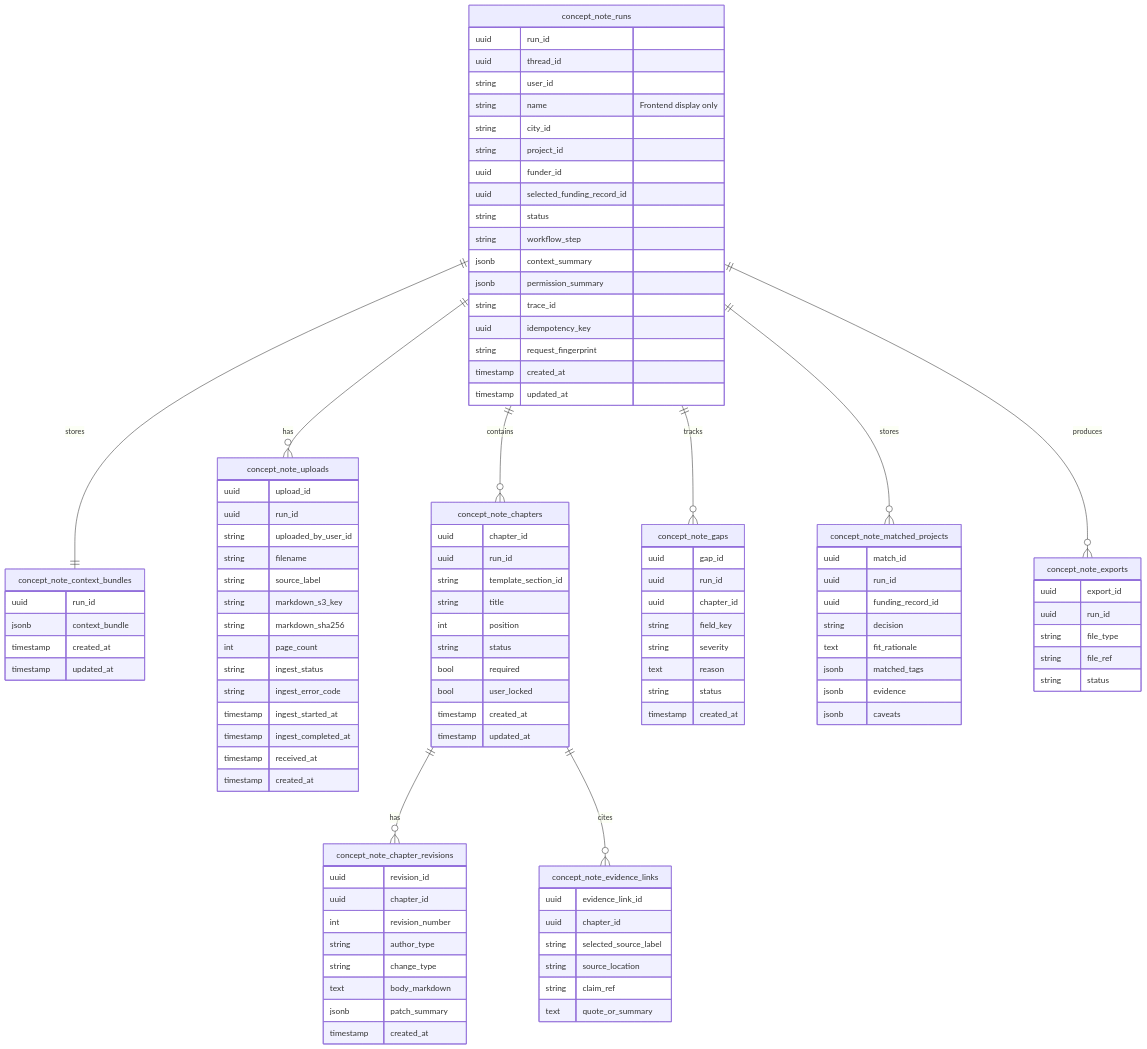
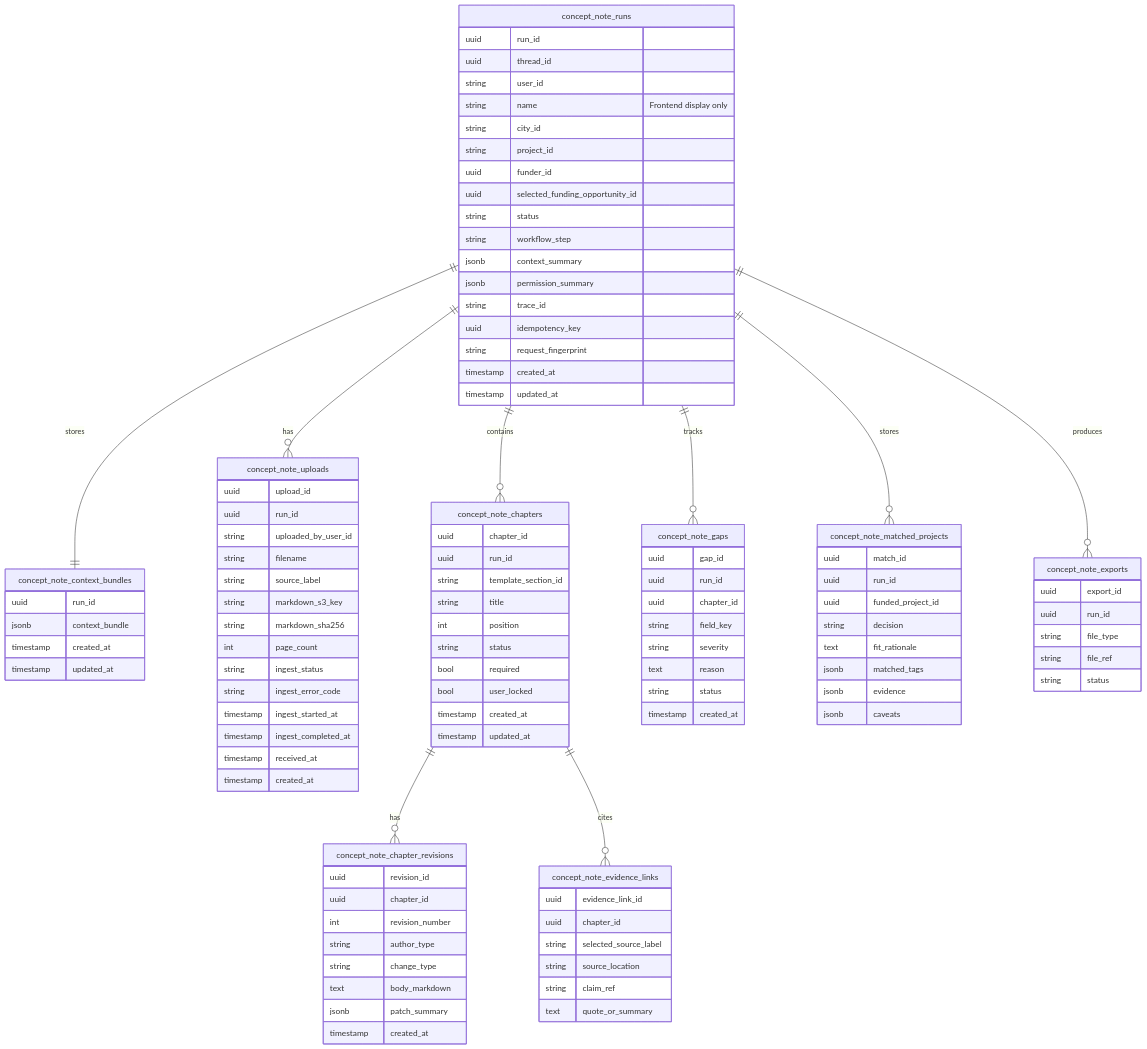
Before and after one commit to Open-Earth-Foundation/CityCatalyst: the sixth of 14 diagrams in docs/ConceptNoteBuilderArchitecture.md, drawn with Mermaid. The commit also changed other lines of this file and 67 other files, not shown here.

```diff
--- a/docs/ConceptNoteBuilderArchitecture.md
+++ b/docs/ConceptNoteBuilderArchitecture.md
@@ -761,7 +792,7 @@
         string city_id
         string project_id
         uuid funder_id
-        uuid selected_funding_record_id
+        uuid selected_funding_opportunity_id
         string status
         string workflow_step
         jsonb context_summary
@@ -844,7 +875,7 @@
     concept_note_matched_projects {
         uuid match_id
         uuid run_id
-        uuid funding_record_id
+        uuid funded_project_id
         string decision
         text fit_rationale
         jsonb matched_tags
```
